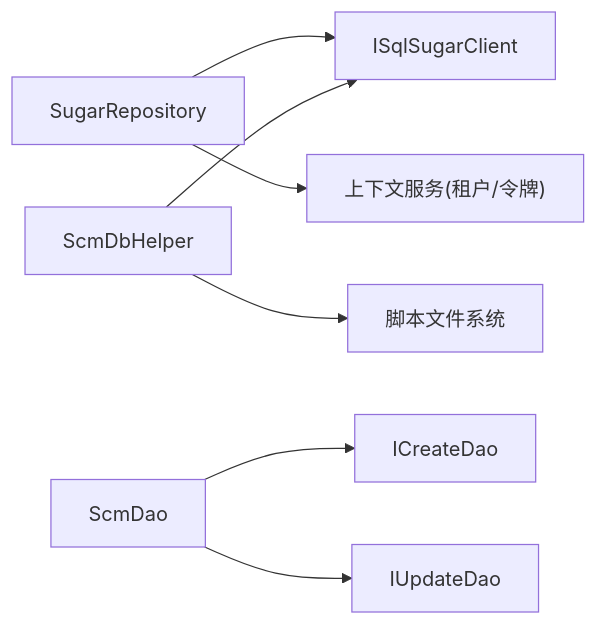
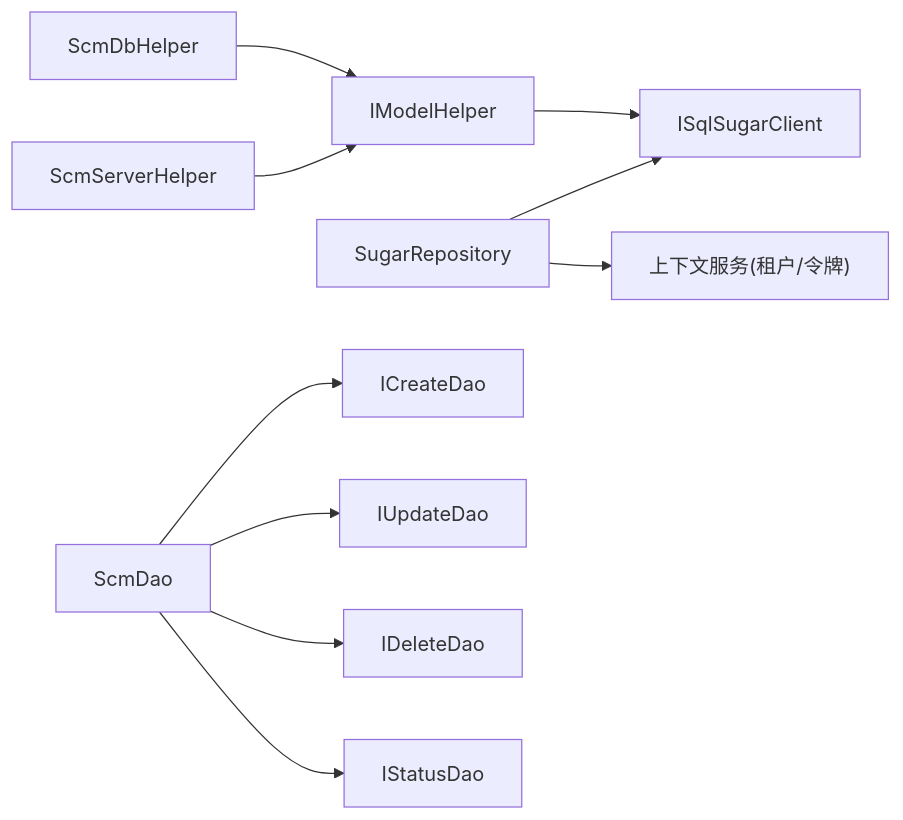
The eighth of 8 diagrams in .qoder/repowiki/zh/content/数据访问层/数据访问层.md (leadiot/Scm.Net), drawn with Mermaid before and after one commit. The commit also changed other lines of this file and 126 other files, not shown here.

````diff
--- a/.qoder/repowiki/zh/content/数据访问层/数据访问层.md
+++ b/.qoder/repowiki/zh/content/数据访问层/数据访问层.md
@@ -284,9 +462,12 @@
 ```mermaid
 graph LR
 SR["SugarRepository<T>"] --> Sugar["ISqlSugarClient"]
 SR --> Ctx["上下文服务(租户/令牌)"]
-SDH["ScmDbHelper"] --> Sugar
-SDH --> FS["脚本文件系统"]
+IMH["IModelHelper"] --> Sugar
+SSH["ScmServerHelper"] --> IMH
+SDH["ScmDbHelper"] --> IMH
 SDAO["ScmDao"] --> ICD["ICreateDao"]
 SDAO --> IUD["IUpdateDao"]
+SDAO --> IDD["IDeleteDao"]
+SDAO --> ISD["IStatusDao"]
 ```
````
